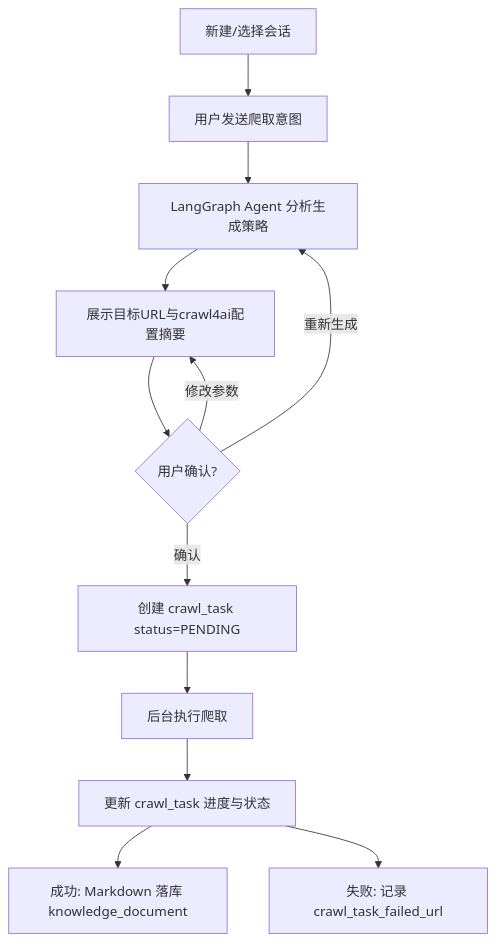
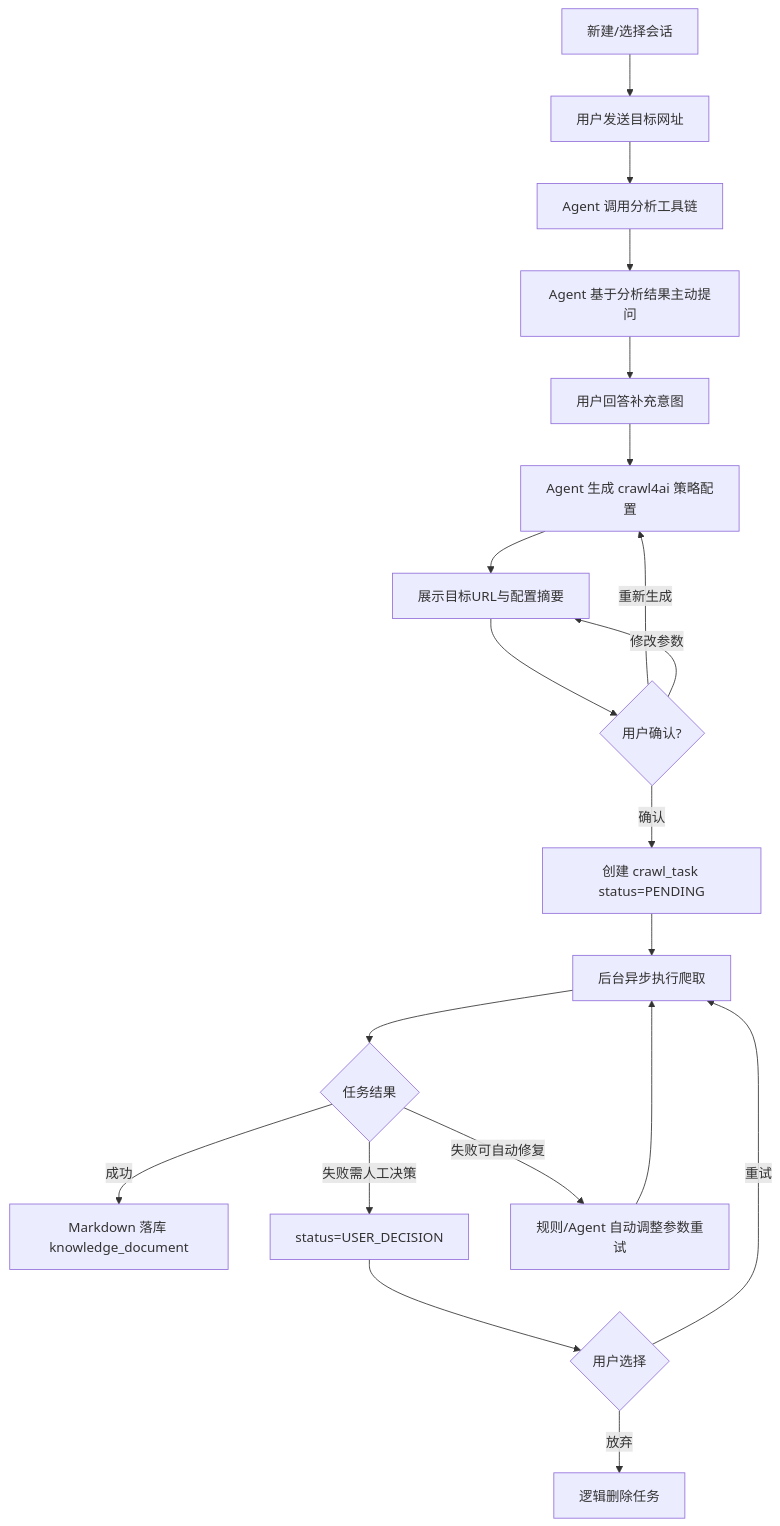
Before and after one commit to jiangwch03/knowledge: the first of 3 diagrams in docs/rag/网页爬取Agent需求设计.md, drawn with Mermaid. The commit also changed other lines of this file and 201 other files, not shown here.

````diff
--- a/docs/rag/网页爬取Agent需求设计.md
+++ b/docs/rag/网页爬取Agent需求设计.md
@@ -35,14 +40,22 @@
 ```mermaid
 graph TB
-    A[新建/选择会话] --> B[用户发送爬取意图]
-    B --> C[LangGraph Agent 分析生成策略]
-    C --> D[展示目标URL与crawl4ai配置摘要]
-    D --> E{用户确认?}
-    E -->|重新生成| C
-    E -->|修改参数| D
-    E -->|确认| F[创建 crawl_task status=PENDING]
-    F --> G[后台执行爬取]
-    G --> H[更新 crawl_task 进度与状态]
-    H --> I[成功: Markdown 落库 knowledge_document]
-    H --> J[失败: 记录 crawl_task_failed_url]
+    A[新建/选择会话] --> B[用户发送目标网址]
+    B --> C[Agent 调用分析工具链]
+    C --> D[Agent 基于分析结果主动提问]
+    D --> E[用户回答补充意图]
+    E --> F[Agent 生成 crawl4ai 策略配置]
+    F --> G[展示目标URL与配置摘要]
+    G --> H{用户确认?}
+    H -->|重新生成| F
+    H -->|修改参数| G
+    H -->|确认| I[创建 crawl_task status=PENDING]
+    I --> J[后台异步执行爬取]
+    J --> K{任务结果}
+    K -->|成功| L[Markdown 落库 knowledge_document]
+    K -->|失败需人工决策| M[status=USER_DECISION]
+    K -->|失败可自动修复| N[规则/Agent 自动调整参数重试]
+    N --> J
+    M --> O{用户选择}
+    O -->|重试| J
+    O -->|放弃| P[逻辑删除任务]
 ```
````
